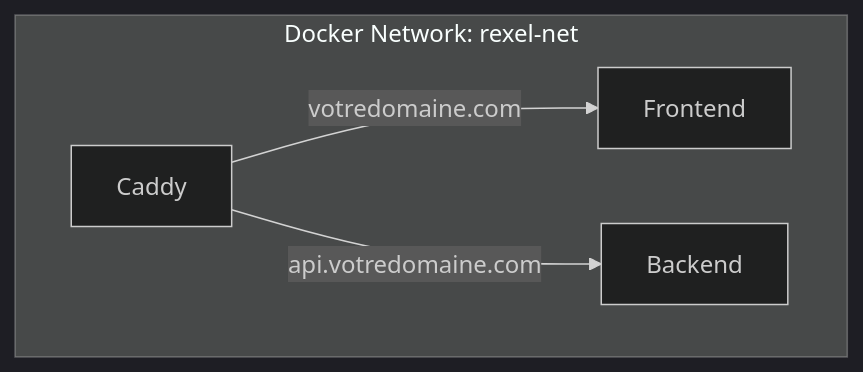
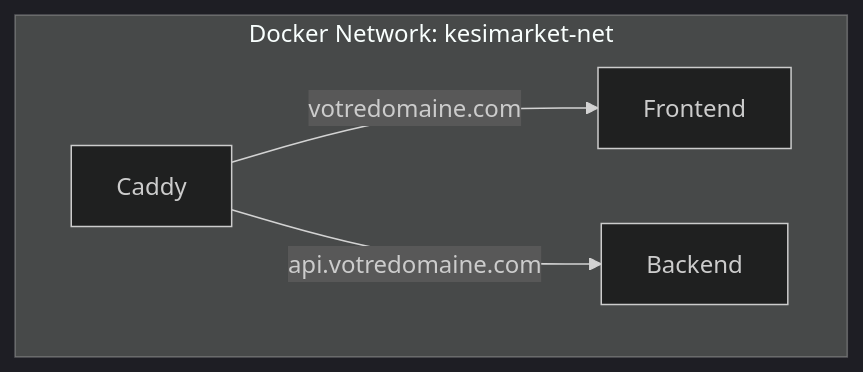
Before and after one commit to BrightkyEfoo/rexel-modern-backend: the diagram in plan.md, drawn with Mermaid (dark theme). The commit also changed other lines of this file and 50 other files, not shown here.

````diff
--- a/plan.md
+++ b/plan.md
@@ -98,10 +98,10 @@
 ```mermaid
 flowchart TD
-    subgraph Docker Network: rexel-net
+    subgraph Docker Network: kesimarket-net
         Caddy
         Backend
         Frontend
     end
     Caddy -- votredomaine.com --> Frontend
     Caddy -- api.votredomaine.com --> Backend
 ```
````
